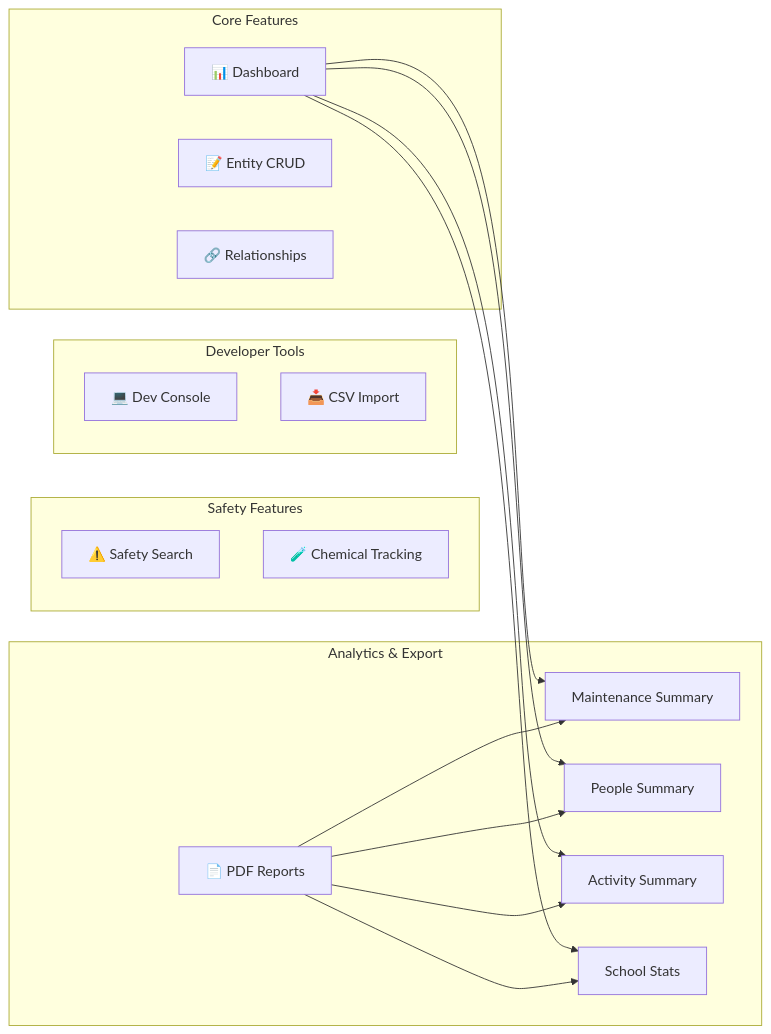
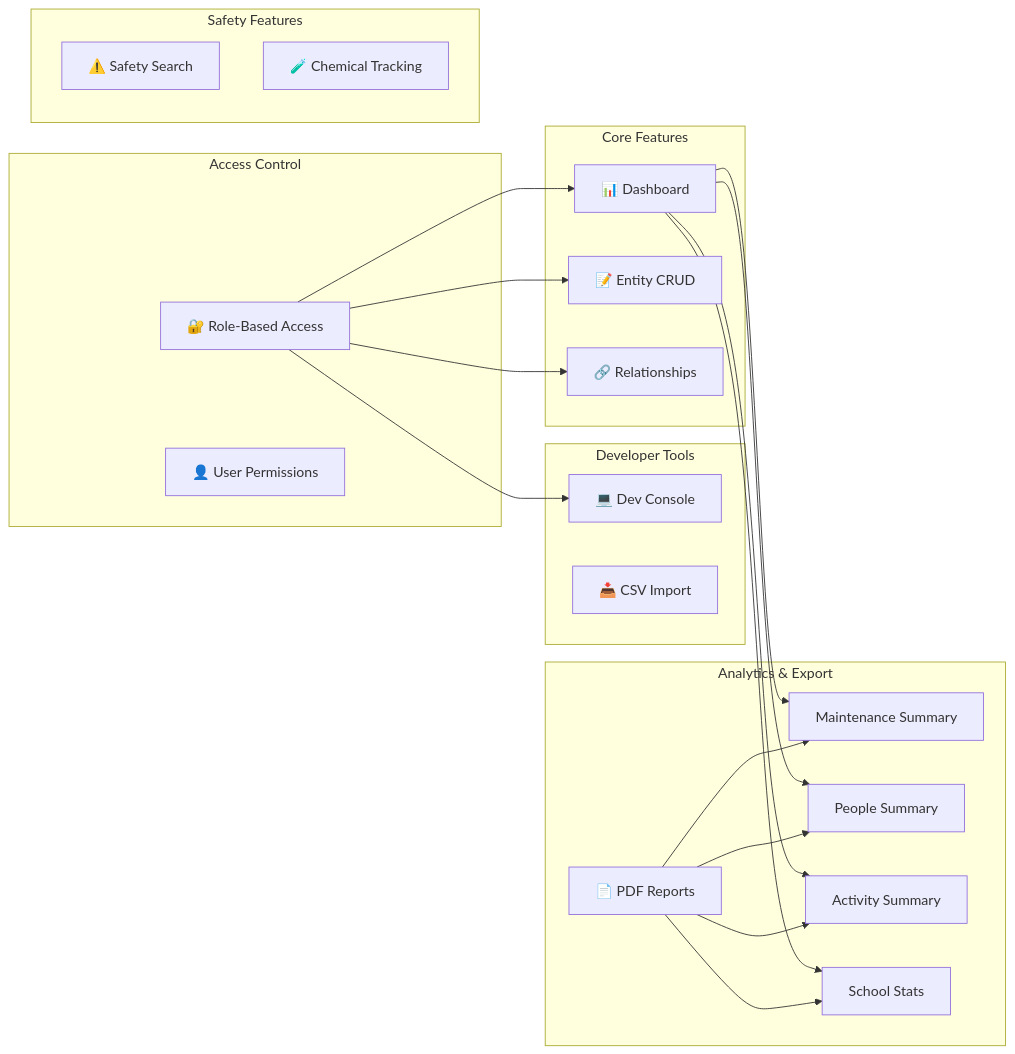
One commit to HaochenFa/COMP2411_DBMS_CMMS_GroupProject changed the tenth of 14 diagrams in PROJECT_REPORT.md. Above: the diagram before and after it, drawn with Mermaid. The commit also changed other lines of this file and 14 other files, not shown here.

First line of the commit message:
feat: Implement role-based access control (RBAC) system

````diff
--- a/PROJECT_REPORT.md
+++ b/PROJECT_REPORT.md
@@ -594,29 +601,35 @@
 ```mermaid
 flowchart LR
     subgraph Core["Core Features"]
         D[📊 Dashboard]
         CRUD[📝 Entity CRUD]
         REL[🔗 Relationships]
+    end
+
+    subgraph Access["Access Control"]
+        RBAC[🔐 Role-Based Access]
+        PERM[👤 User Permissions]
     end
 
     subgraph Safety["Safety Features"]
         SS[⚠️ Safety Search]
         CH[🧪 Chemical Tracking]
     end
 
     subgraph DevTools["Developer Tools"]
         DC[💻 Dev Console]
         IMP[📥 CSV Import]
     end
 
     subgraph Reports["Analytics & Export"]
         MS[Maintenance Summary]
         PS[People Summary]
         AS[Activity Summary]
         SchS[School Stats]
         PDF[📄 PDF Reports]
     end
 
+    RBAC --> D & CRUD & REL & DC
     D --> MS & PS & AS & SchS
     PDF --> MS & PS & AS & SchS
 ```
````
